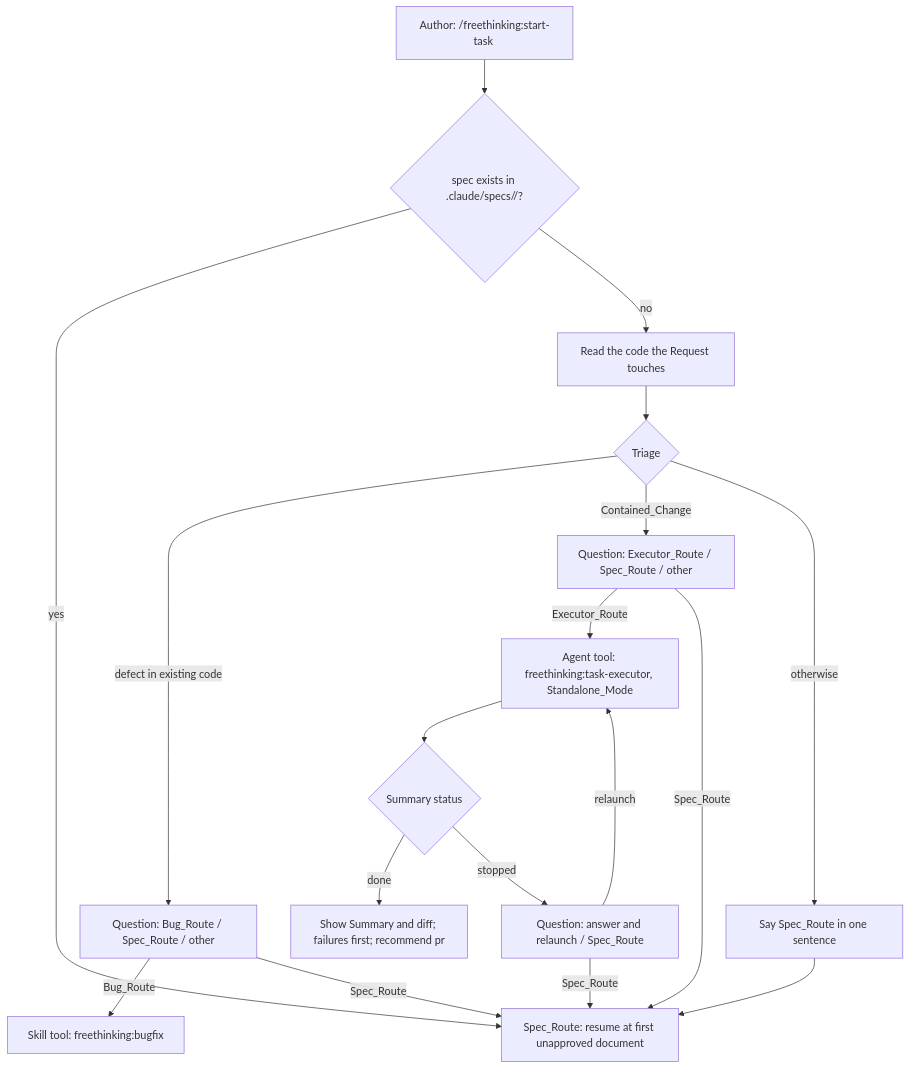
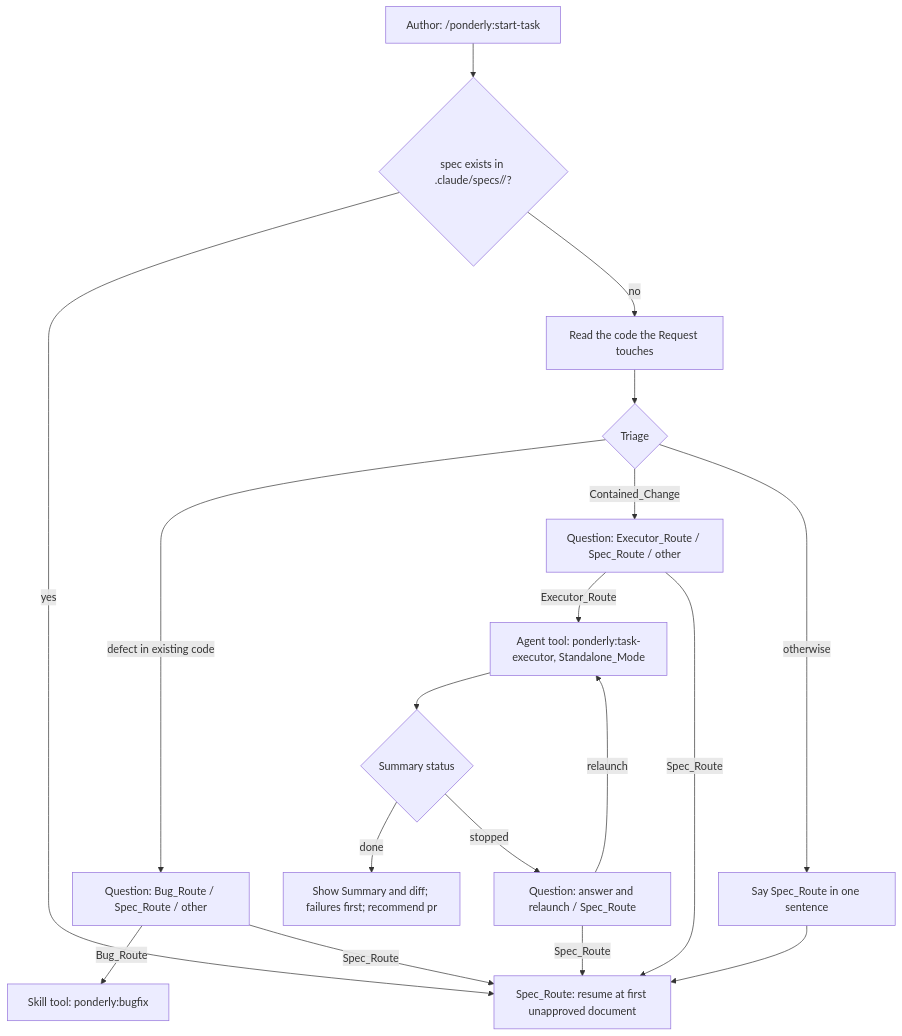
Before and after one commit to freethinkingit/dev_tools: the first of 2 diagrams in .ponderly/specs/standalone-task-routing/design.md, drawn with Mermaid. The commit also changed other lines of this file and 182 other files, not shown here.

````diff
--- a/.ponderly/specs/standalone-task-routing/design.md
+++ b/.ponderly/specs/standalone-task-routing/design.md
@@ -11,19 +11,19 @@
 ```mermaid
 flowchart TD
-    A["Author: /freethinking:start-task <request>"] --> B{"spec exists in .claude/specs/<task>/?"}
+    A["Author: /ponderly:start-task <request>"] --> B{"spec exists in .claude/specs/<task>/?"}
     B -- yes --> S["Spec_Route: resume at first unapproved document"]
     B -- no --> C["Read the code the Request touches"]
     C --> T{"Triage"}
     T -- "defect in existing code" --> QB["Question: Bug_Route / Spec_Route / other"]
     T -- "Contained_Change" --> QE["Question: Executor_Route / Spec_Route / other"]
     T -- otherwise --> S2["Say Spec_Route in one sentence"] --> S
-    QB -- Bug_Route --> BF["Skill tool: freethinking:bugfix <request>"]
+    QB -- Bug_Route --> BF["Skill tool: ponderly:bugfix <request>"]
     QB -- Spec_Route --> S
-    QE -- Executor_Route --> EX["Agent tool: freethinking:task-executor, Standalone_Mode"]
+    QE -- Executor_Route --> EX["Agent tool: ponderly:task-executor, Standalone_Mode"]
     QE -- Spec_Route --> S
     EX --> SUM{"Summary status"}
     SUM -- done --> R["Show Summary and diff; failures first; recommend pr"]
     SUM -- stopped --> QS["Question: answer and relaunch / Spec_Route"]
     QS -- relaunch --> EX
     QS -- Spec_Route --> S
 ```
````
